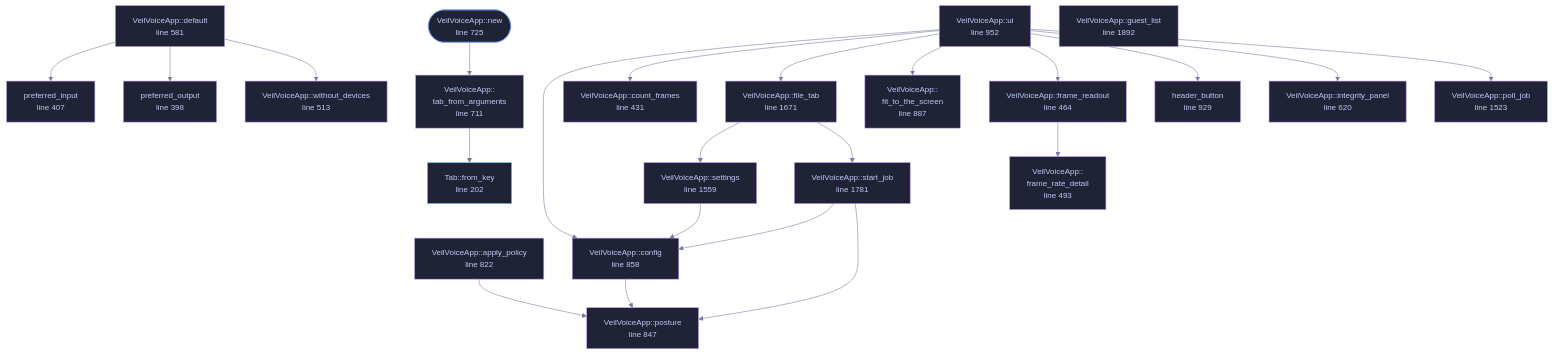
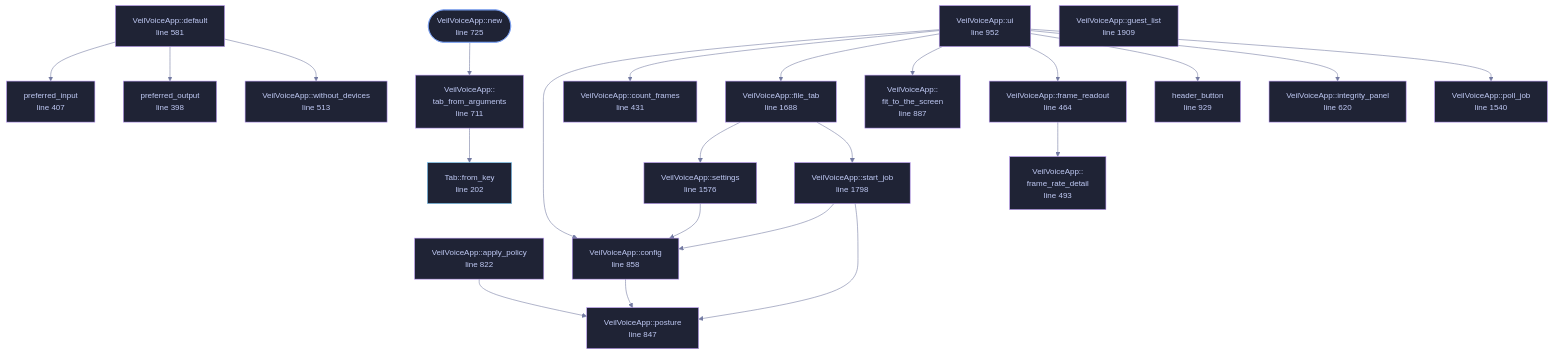
Before and after one commit to tilas01/veilvoice: the diagram in docs/files/veilvoice-gui/app.md, drawn with Mermaid. The commit also changed other lines of this file and 34 other files, not shown here.

````diff
--- a/docs/files/veilvoice-gui/app.md
+++ b/docs/files/veilvoice-gui/app.md
@@ -192,75 +192,75 @@
 ```mermaid
 %%{init: {"theme":"base","themeVariables":{"background":"#1a1b26","primaryColor":"#1f2335","primaryTextColor":"#c0caf5","primaryBorderColor":"#7aa2f7","secondaryColor":"#16161e","tertiaryColor":"#16161e","lineColor":"#737aa2","textColor":"#c0caf5","mainBkg":"#1f2335","nodeBorder":"#7aa2f7","clusterBkg":"#16161e","clusterBorder":"#2f3549","fontFamily":"ui-monospace, SFMono-Regular, Consolas, monospace","fontSize":"14px"}}}%%
 flowchart TD
     n_from_key["Tab::from_key<br/>line 202"]
     n_preferred_output["preferred_output<br/>line 398"]
     n_preferred_input["preferred_input<br/>line 407"]
     n_count_frames["VeilVoiceApp::count_frames<br/>line 431"]
     n_frame_readout["VeilVoiceApp::frame_readout<br/>line 464"]
     n_frame_rate_detail["VeilVoiceApp::<br/>frame_rate_detail<br/>line 493"]
     n_without_devices["VeilVoiceApp::without_devices<br/>line 513"]
     n_default["VeilVoiceApp::default<br/>line 581"]
     n_integrity_panel["VeilVoiceApp::integrity_panel<br/>line 620"]
     n_tab_from_arguments["VeilVoiceApp::<br/>tab_from_arguments<br/>line 711"]
     n_new(["VeilVoiceApp::new<br/>line 725"])
     n_apply_policy["VeilVoiceApp::apply_policy<br/>line 822"]
     n_posture["VeilVoiceApp::posture<br/>line 847"]
     n_config["VeilVoiceApp::config<br/>line 858"]
     n_fit_to_the_screen["VeilVoiceApp::<br/>fit_to_the_screen<br/>line 887"]
     n_header_button["header_button<br/>line 929"]
     n_ui["VeilVoiceApp::ui<br/>line 952"]
-    n_poll_job["VeilVoiceApp::poll_job<br/>line 1523"]
-    n_settings["VeilVoiceApp::settings<br/>line 1559"]
-    n_file_tab["VeilVoiceApp::file_tab<br/>line 1671"]
-    n_start_job["VeilVoiceApp::start_job<br/>line 1781"]
-    n_guest_list["VeilVoiceApp::guest_list<br/>line 1892"]
+    n_poll_job["VeilVoiceApp::poll_job<br/>line 1540"]
+    n_settings["VeilVoiceApp::settings<br/>line 1576"]
+    n_file_tab["VeilVoiceApp::file_tab<br/>line 1688"]
+    n_start_job["VeilVoiceApp::start_job<br/>line 1798"]
+    n_guest_list["VeilVoiceApp::guest_list<br/>line 1909"]
     n_apply_policy --> n_posture
     n_config --> n_posture
     n_default --> n_preferred_input
     n_default --> n_preferred_output
     n_default --> n_without_devices
     n_file_tab --> n_settings
     n_file_tab --> n_start_job
     n_frame_readout --> n_frame_rate_detail
     n_new --> n_tab_from_arguments
     n_settings --> n_config
     n_start_job --> n_config
     n_start_job --> n_posture
     n_tab_from_arguments --> n_from_key
     n_ui --> n_config
     n_ui --> n_count_frames
     n_ui --> n_file_tab
     n_ui --> n_fit_to_the_screen
     n_ui --> n_frame_readout
     n_ui --> n_header_button
     n_ui --> n_integrity_panel
     n_ui --> n_poll_job
     click n_from_key href "https://github.com/tilas01/veilvoice/blob/main/crates/veilvoice-gui/src/app.rs#L202" "open the source"
     click n_preferred_output href "https://github.com/tilas01/veilvoice/blob/main/crates/veilvoice-gui/src/app.rs#L398" "open the source"
     click n_preferred_input href "https://github.com/tilas01/veilvoice/blob/main/crates/veilvoice-gui/src/app.rs#L407" "open the source"
     click n_count_frames href "https://github.com/tilas01/veilvoice/blob/main/crates/veilvoice-gui/src/app.rs#L431" "open the source"
     click n_frame_readout href "https://github.com/tilas01/veilvoice/blob/main/crates/veilvoice-gui/src/app.rs#L464" "open the source"
     click n_frame_rate_detail href "https://github.com/tilas01/veilvoice/blob/main/crates/veilvoice-gui/src/app.rs#L493" "open the source"
     click n_without_devices href "https://github.com/tilas01/veilvoice/blob/main/crates/veilvoice-gui/src/app.rs#L513" "open the source"
     click n_default href "https://github.com/tilas01/veilvoice/blob/main/crates/veilvoice-gui/src/app.rs#L581" "open the source"
     click n_integrity_panel href "https://github.com/tilas01/veilvoice/blob/main/crates/veilvoice-gui/src/app.rs#L620" "open the source"
     click n_tab_from_arguments href "https://github.com/tilas01/veilvoice/blob/main/crates/veilvoice-gui/src/app.rs#L711" "open the source"
     click n_new href "https://github.com/tilas01/veilvoice/blob/main/crates/veilvoice-gui/src/app.rs#L725" "open the source"
     click n_apply_policy href "https://github.com/tilas01/veilvoice/blob/main/crates/veilvoice-gui/src/app.rs#L822" "open the source"
     click n_posture href "https://github.com/tilas01/veilvoice/blob/main/crates/veilvoice-gui/src/app.rs#L847" "open the source"
     click n_config href "https://github.com/tilas01/veilvoice/blob/main/crates/veilvoice-gui/src/app.rs#L858" "open the source"
     click n_fit_to_the_screen href "https://github.com/tilas01/veilvoice/blob/main/crates/veilvoice-gui/src/app.rs#L887" "open the source"
     click n_header_button href "https://github.com/tilas01/veilvoice/blob/main/crates/veilvoice-gui/src/app.rs#L929" "open the source"
     click n_ui href "https://github.com/tilas01/veilvoice/blob/main/crates/veilvoice-gui/src/app.rs#L952" "open the source"
-    click n_poll_job href "https://github.com/tilas01/veilvoice/blob/main/crates/veilvoice-gui/src/app.rs#L1523" "open the source"
-    click n_settings href "https://github.com/tilas01/veilvoice/blob/main/crates/veilvoice-gui/src/app.rs#L1559" "open the source"
-    click n_file_tab href "https://github.com/tilas01/veilvoice/blob/main/crates/veilvoice-gui/src/app.rs#L1671" "open the source"
-    click n_start_job href "https://github.com/tilas01/veilvoice/blob/main/crates/veilvoice-gui/src/app.rs#L1781" "open the source"
-    click n_guest_list href "https://github.com/tilas01/veilvoice/blob/main/crates/veilvoice-gui/src/app.rs#L1892" "open the source"
+    click n_poll_job href "https://github.com/tilas01/veilvoice/blob/main/crates/veilvoice-gui/src/app.rs#L1540" "open the source"
+    click n_settings href "https://github.com/tilas01/veilvoice/blob/main/crates/veilvoice-gui/src/app.rs#L1576" "open the source"
+    click n_file_tab href "https://github.com/tilas01/veilvoice/blob/main/crates/veilvoice-gui/src/app.rs#L1688" "open the source"
+    click n_start_job href "https://github.com/tilas01/veilvoice/blob/main/crates/veilvoice-gui/src/app.rs#L1798" "open the source"
+    click n_guest_list href "https://github.com/tilas01/veilvoice/blob/main/crates/veilvoice-gui/src/app.rs#L1909" "open the source"
     classDef entry fill:#1f2335,stroke:#7aa2f7,color:#c0caf5
     class n_new entry
     classDef api fill:#1f2335,stroke:#7dcfff,color:#c0caf5
     class n_from_key api
     classDef helper fill:#1f2335,stroke:#bb9af7,color:#c0caf5
     class n_preferred_output,n_preferred_input,n_count_frames,n_frame_readout,n_frame_rate_detail,n_without_devices,n_default,n_integrity_panel,n_tab_from_arguments,n_apply_policy,n_posture,n_config,n_fit_to_the_screen,n_header_button,n_ui,n_poll_job,n_settings,n_file_tab,n_start_job,n_guest_list helper
 ```
````
